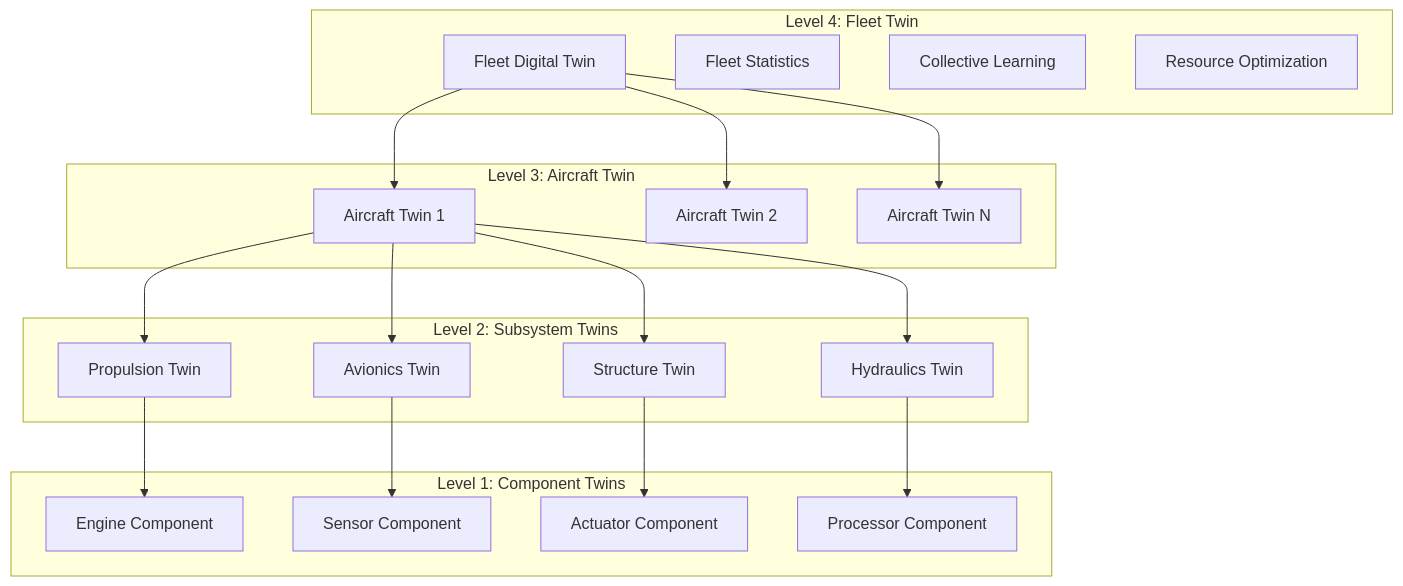
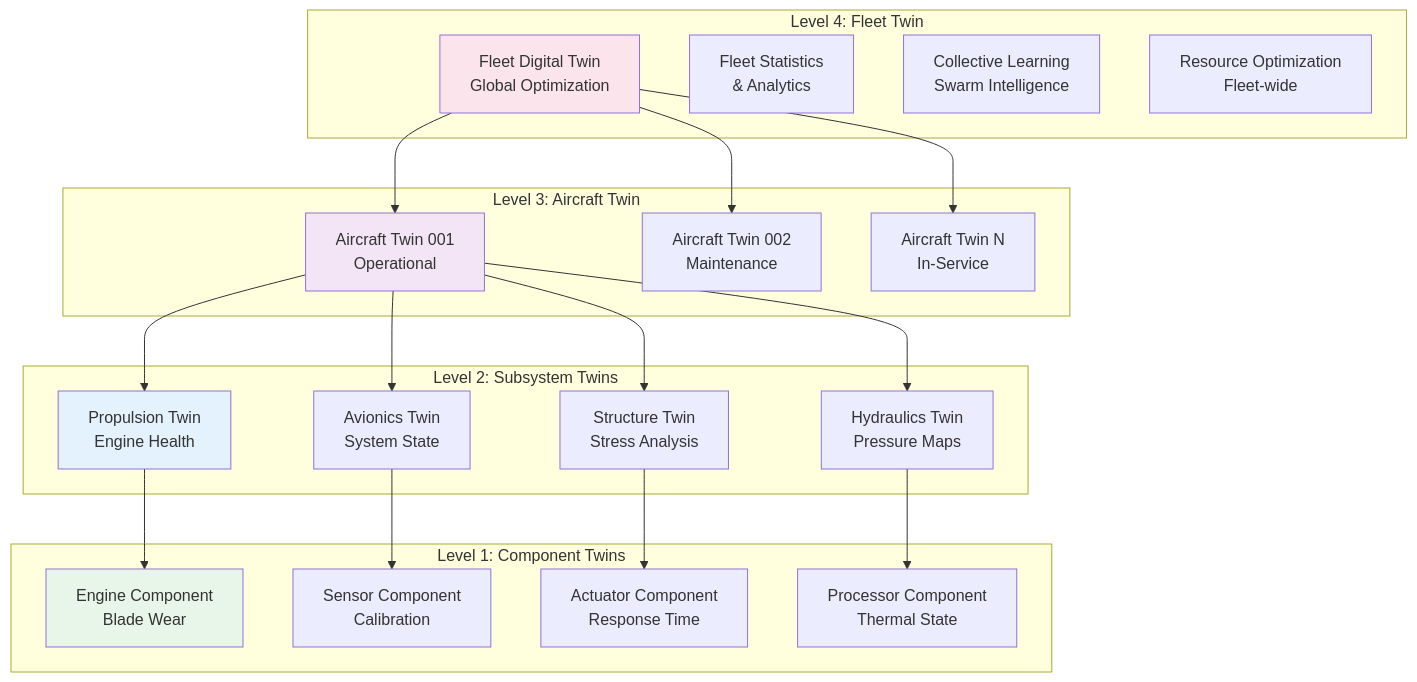
The ninth of 33 diagrams in README.md (Robbbo-T/Robbbo-T), drawn with Mermaid before and after one commit. The commit also changed other lines of this file, not shown here.

````diff
--- a/README.md
+++ b/README.md
@@ -888,43 +1335,48 @@
 ```mermaid
 graph TD
     subgraph "Level 4: Fleet Twin"
-        FT[Fleet Digital Twin]
-        FS[Fleet Statistics]
-        CL[Collective Learning]
-        RO[Resource Optimization]
+        FT[Fleet Digital Twin<br/>Global Optimization]
+        FS[Fleet Statistics<br/>& Analytics]
+        CL[Collective Learning<br/>Swarm Intelligence]
+        RO[Resource Optimization<br/>Fleet-wide]
     end
     
     subgraph "Level 3: Aircraft Twin"
-        AT1[Aircraft Twin 1]
-        AT2[Aircraft Twin 2]
-        ATN[Aircraft Twin N]
+        AT1[Aircraft Twin 001<br/>Operational]
+        AT2[Aircraft Twin 002<br/>Maintenance]
+        ATN[Aircraft Twin N<br/>In-Service]
     end
     
     subgraph "Level 2: Subsystem Twins"
-        ST1[Propulsion Twin]
-        ST2[Avionics Twin]
-        ST3[Structure Twin]
-        ST4[Hydraulics Twin]
+        ST1[Propulsion Twin<br/>Engine Health]
+        ST2[Avionics Twin<br/>System State]
+        ST3[Structure Twin<br/>Stress Analysis]
+        ST4[Hydraulics Twin<br/>Pressure Maps]
     end
     
     subgraph "Level 1: Component Twins"
-        CT1[Engine Component]
-        CT2[Sensor Component]
-        CT3[Actuator Component]
-        CT4[Processor Component]
+        CT1[Engine Component<br/>Blade Wear]
+        CT2[Sensor Component<br/>Calibration]
+        CT3[Actuator Component<br/>Response Time]
+        CT4[Processor Component<br/>Thermal State]
     end
     
     FT --> AT1
     FT --> AT2
     FT --> ATN
     
     AT1 --> ST1
     AT1 --> ST2
     AT1 --> ST3
     AT1 --> ST4
     
     ST1 --> CT1
     ST2 --> CT2
     ST3 --> CT3
     ST4 --> CT4
+    
+    style FT fill:#fce4ec
+    style AT1 fill:#f3e5f5
+    style ST1 fill:#e3f2fd
+    style CT1 fill:#e8f5e9
 ```
````
